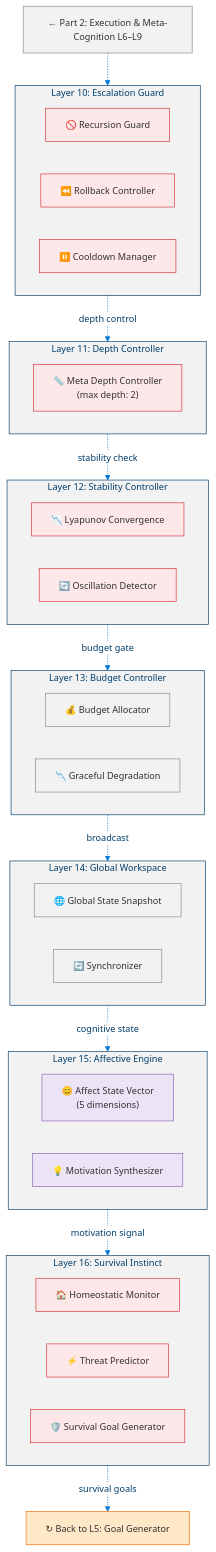
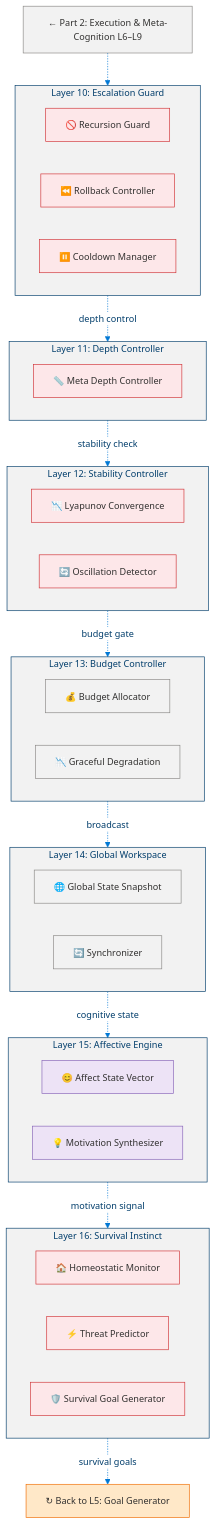
Before and after one commit to dotnetpower/mscp: the fourth of 19 diagrams in docs/levels/Level_3_Self_Regulating_Agent.md, drawn with Mermaid. The commit also changed other lines of this file and 10 other files, not shown here.

````diff
--- a/docs/levels/Level_3_Self_Regulating_Agent.md
+++ b/docs/levels/Level_3_Self_Regulating_Agent.md
@@ -253,58 +264,65 @@
 ```mermaid
 %%{init: {'theme': 'base', 'themeVariables': {'primaryColor': '#0078D4', 'primaryTextColor': '#003D6B', 'primaryBorderColor': '#003D6B', 'secondaryColor': '#50E6FF', 'secondaryTextColor': '#323130', 'secondaryBorderColor': '#00BCF2', 'tertiaryColor': '#F2F2F2', 'tertiaryTextColor': '#323130', 'lineColor': '#0078D4', 'textColor': '#323130', 'mainBkg': '#DEECF9', 'nodeBorder': '#0078D4', 'clusterBkg': '#F2F2F2', 'clusterBorder': '#003D6B', 'titleColor': '#003D6B', 'edgeLabelBackground': '#FFFFFF', 'fontSize': '14px'}}}%%
 flowchart TD
   classDef safety fill:#FDE7E9,stroke:#D13438,color:#323130
   classDef infra fill:#F2F2F2,stroke:#8A8886,color:#323130
   classDef affect fill:#EDE3F6,stroke:#8764B8,color:#323130
   classDef goal fill:#FFE8C8,stroke:#EF6C00,color:#323130
   classDef neutral fill:#F2F2F2,stroke:#8A8886,color:#323130
 
   PREV["← Part 2: Execution & Meta-Cognition L6–L9"]:::neutral
 
   subgraph L10["Layer 10: Escalation Guard"]
+    direction LR
     RG10["🚫 Recursion Guard"]:::safety
     RC10["⏪ Rollback Controller"]:::safety
     CDM10["⏸️ Cooldown Manager"]:::safety
   end
 
   subgraph L11["Layer 11: Depth Controller"]
-    MDC11["📏 Meta Depth Controller<br/>(max depth: 2)"]:::safety
+    direction LR
+    MDC11["📏 Meta Depth Controller"]:::safety
   end
 
   subgraph L12["Layer 12: Stability Controller"]
+    direction LR
     LYA12["📉 Lyapunov Convergence"]:::safety
     OD12["🔄 Oscillation Detector"]:::safety
   end
 
   subgraph L13["Layer 13: Budget Controller"]
+    direction LR
     BA13["💰 Budget Allocator"]:::infra
     GDG13["📉 Graceful Degradation"]:::infra
   end
 
   subgraph L14["Layer 14: Global Workspace"]
+    direction LR
     GSS14["🌐 Global State Snapshot"]:::infra
     SYN14["🔄 Synchronizer"]:::infra
   end
 
   subgraph L15["Layer 15: Affective Engine"]
-    ASV15["😊 Affect State Vector<br/>(5 dimensions)"]:::affect
+    direction LR
+    ASV15["😊 Affect State Vector"]:::affect
     MS15["💡 Motivation Synthesizer"]:::affect
   end
 
   subgraph L16["Layer 16: Survival Instinct"]
+    direction LR
     HM16["🏠 Homeostatic Monitor"]:::safety
     TP16["⚡ Threat Predictor"]:::safety
     SGG16["🛡️ Survival Goal Generator"]:::safety
   end
 
   GOAL_GEN["↻ Back to L5: Goal Generator"]:::goal
 
   PREV -.-> L10
   L10 -.->|depth control| L11
   L11 -.->|stability check| L12
   L12 -.->|budget gate| L13
   L13 -.->|broadcast| L14
   L14 -.->|cognitive state| L15
   L15 -.->|motivation signal| L16
   L16 -.->|survival goals| GOAL_GEN
 ```
````
